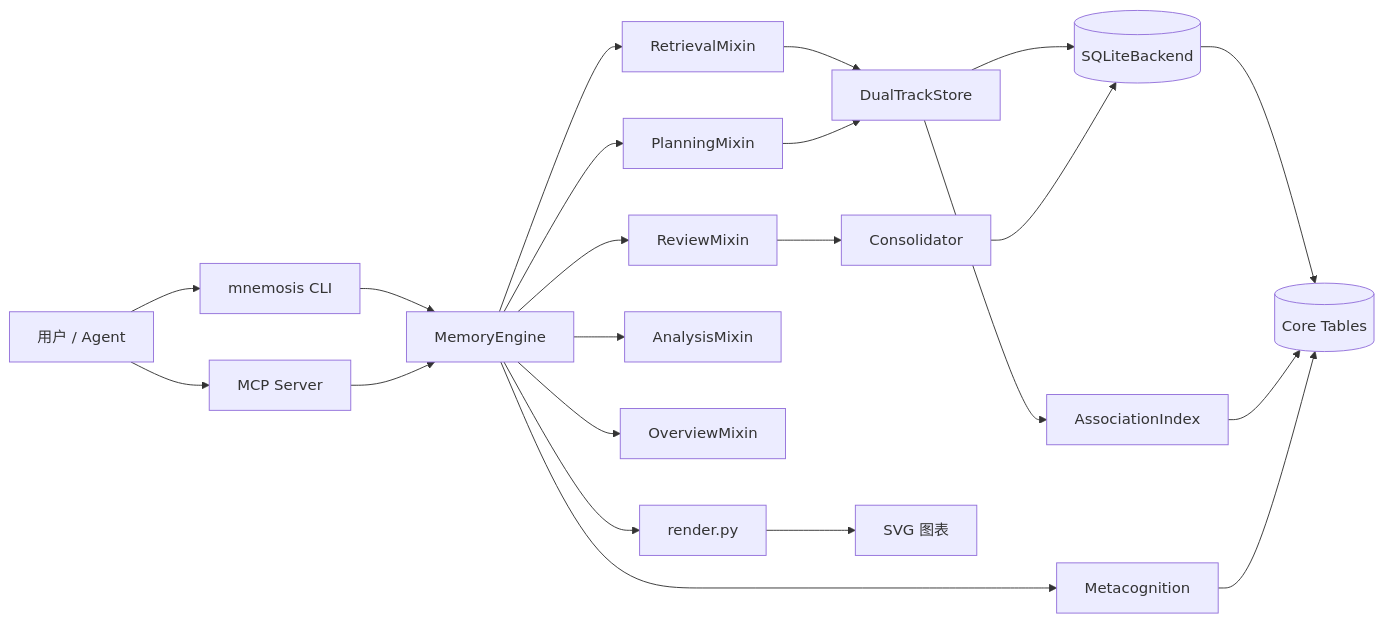
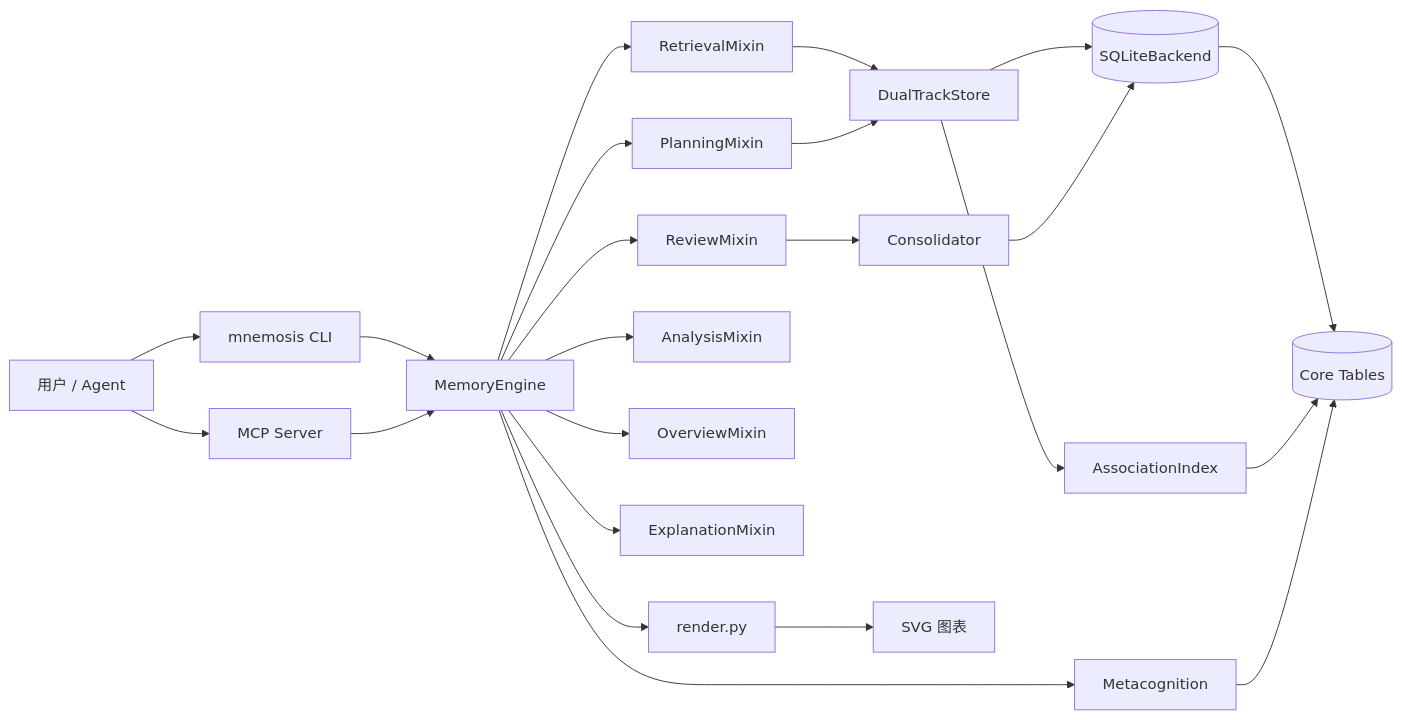
Before and after one commit to liyexiaoyi/Mnemosis: the diagram in docs/architecture.md, drawn with Mermaid. The commit also changed other lines of this file and 3 other files, not shown here.

Commit message:
refactor: split explanation/report methods into ExplanationMixin (ninth slice)

````diff
--- a/docs/architecture.md
+++ b/docs/architecture.md
@@ -80,24 +81,25 @@
 ```mermaid
 flowchart LR
     U["用户 / Agent"] --> CLI["mnemosis CLI"]
     U --> MCP["MCP Server"]
     CLI --> E[MemoryEngine]
     MCP --> E
     E --> RM[RetrievalMixin]
     E --> PM[PlanningMixin]
     E --> VM[ReviewMixin]
     E --> AM[AnalysisMixin]
     E --> OM[OverviewMixin]
+    E --> EM[ExplanationMixin]
     RM --> DT[DualTrackStore]
     PM --> DT
     VM --> C[Consolidator]
     DT --> B[(SQLiteBackend)]
     C --> B
     B --> L[("Core Tables")]
     DT --> AI[AssociationIndex]
     E --> MC[Metacognition]
     E --> R[render.py]
     R --> SVG["SVG 图表"]
     AI --> L
     MC --> L
 ```
````
